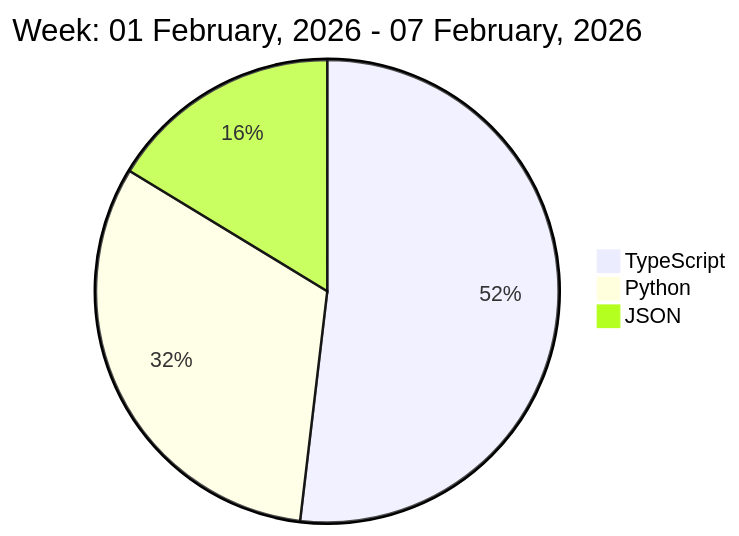
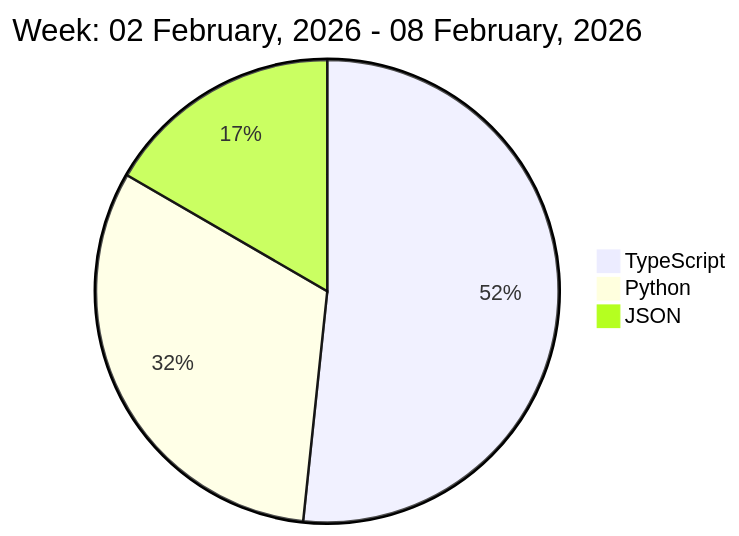
One commit to liubin95/liubin95 changed the diagram in README.md. Above: the diagram before and after it, drawn with Mermaid.

Commit message:
Updated the Graph with new Metrics

````diff
--- a/README.md
+++ b/README.md
@@ -37,7 +37,7 @@
 ```mermaid
  pie
-title Week: 01 February, 2026 - 07 February, 2026
+title Week: 02 February, 2026 - 08 February, 2026
  "TypeScript" : 8.85
  "Python" : 5.43
- "JSON" : 2.78
+ "JSON" : 2.85
 ```
````
